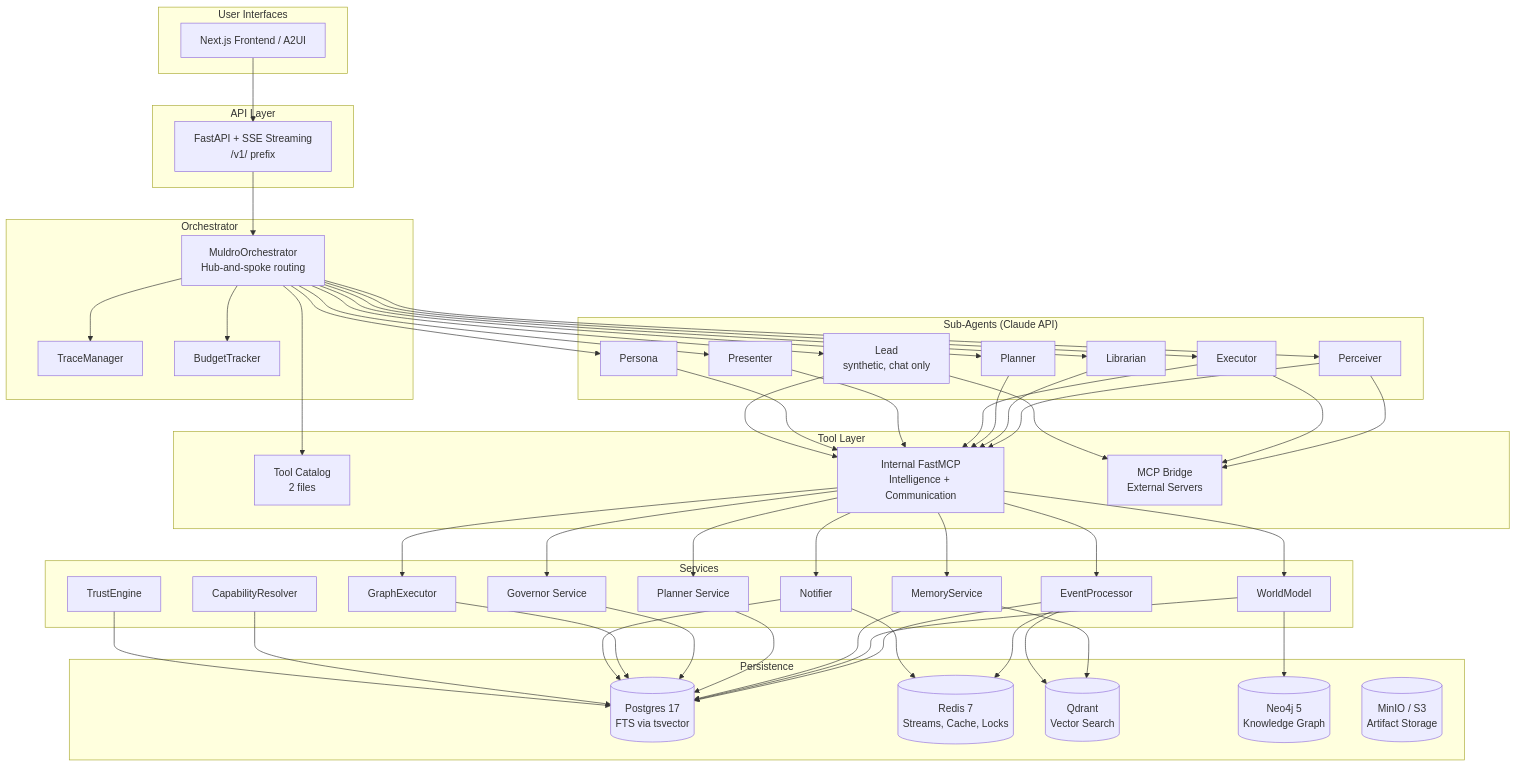
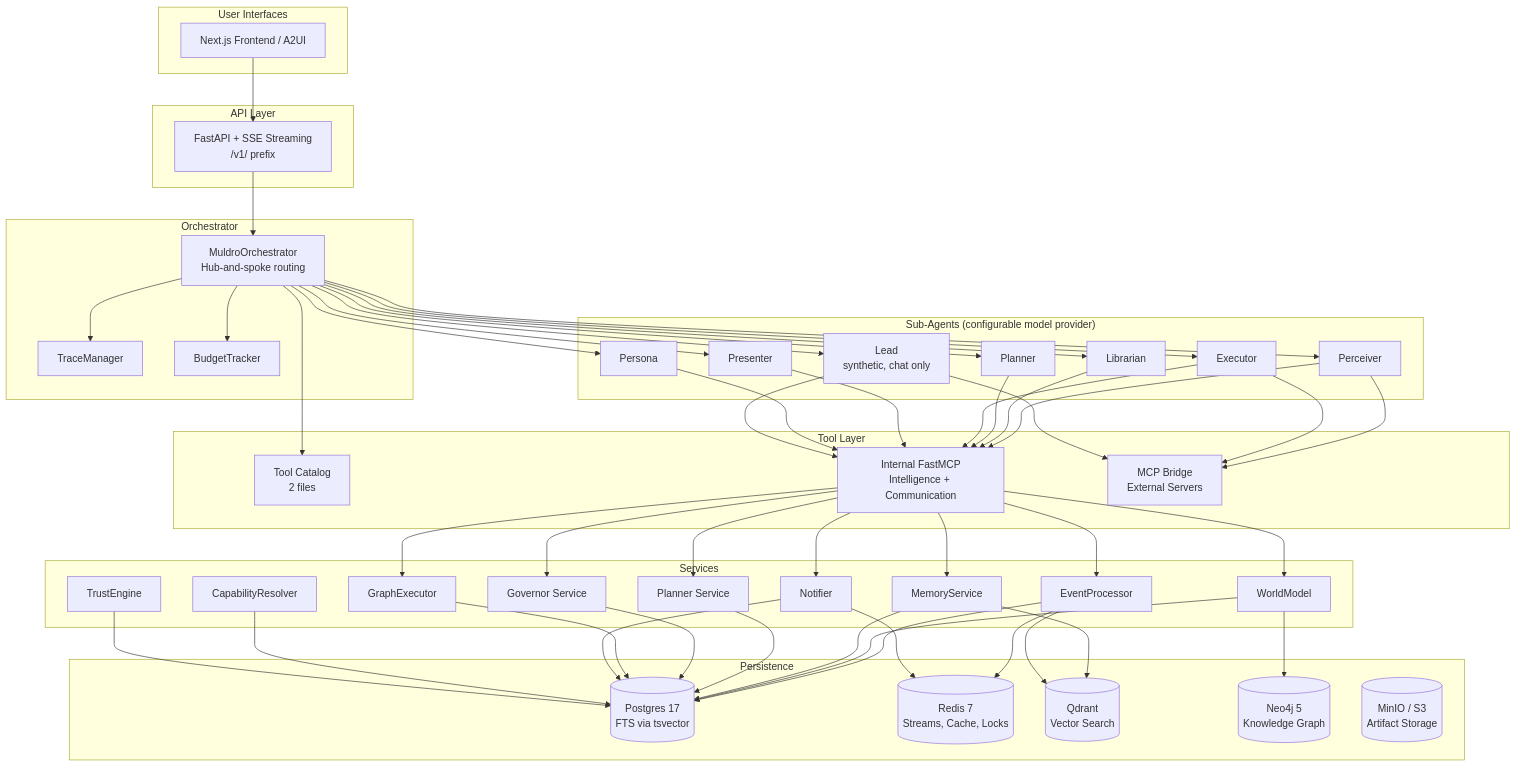
The first of 3 diagrams in docs/architecture/overview.md (shivadharmi/muldro), drawn with Mermaid before and after one commit. The commit also changed 3 other files, not shown here.

First line of the commit message:
docs: the model layer is provider-configurable, not Anthropic-only

````diff
--- a/docs/architecture/overview.md
+++ b/docs/architecture/overview.md
@@ -15,66 +15,66 @@
 ```mermaid
 graph TB
     subgraph "User Interfaces"
         WEB[Next.js Frontend / A2UI]
     end
 
     subgraph "API Layer"
         API[FastAPI + SSE Streaming<br/>/v1/ prefix]
     end
 
     subgraph "Orchestrator"
         ORCH[MuldroOrchestrator<br/>Hub-and-spoke routing]
         TRACE[TraceManager]
         BUDGET[BudgetTracker]
     end
 
-    subgraph "Sub-Agents (Claude API)"
+    subgraph "Sub-Agents (configurable model provider)"
         PCV[Perceiver]
         LIB[Librarian]
         PLN[Planner]
         EXE[Executor]
         PRS[Presenter]
         PER[Persona]
         LEAD[Lead<br/>synthetic, chat only]
     end
 
     subgraph "Tool Layer"
         CAT[Tool Catalog<br/>2 files]
         INT[Internal FastMCP<br/>Intelligence + Communication]
         MCP[MCP Bridge<br/>External Servers]
     end
 
     subgraph "Services"
         EP[EventProcessor]
         WM[WorldModel]
         MS[MemoryService]
         PL[Planner Service]
         GV[Governor Service]
         GE[GraphExecutor]
         NT[Notifier]
         CR[CapabilityResolver]
         TE[TrustEngine]
     end
 
     subgraph "Persistence"
         PG[(Postgres 17<br/>FTS via tsvector)]
         RD[(Redis 7<br/>Streams, Cache, Locks)]
         QD[(Qdrant<br/>Vector Search)]
         N4J[(Neo4j 5<br/>Knowledge Graph)]
         S3[(MinIO / S3<br/>Artifact Storage)]
     end
 
     WEB --> API
     API --> ORCH
     ORCH --> PCV & LIB & PLN & EXE & PRS & PER & LEAD
     ORCH --> TRACE & BUDGET
     PCV & LIB & PLN & EXE & PRS & PER & LEAD --> INT
     PCV & EXE & LEAD --> MCP
     INT --> EP & WM & MS & PL & GV & GE & NT
     ORCH --> CAT
     EP & WM & MS & PL & GV & GE & NT & CR & TE --> PG
     EP & NT --> RD
     WM --> N4J
     MS --> QD
     EP --> QD
 ```
````
